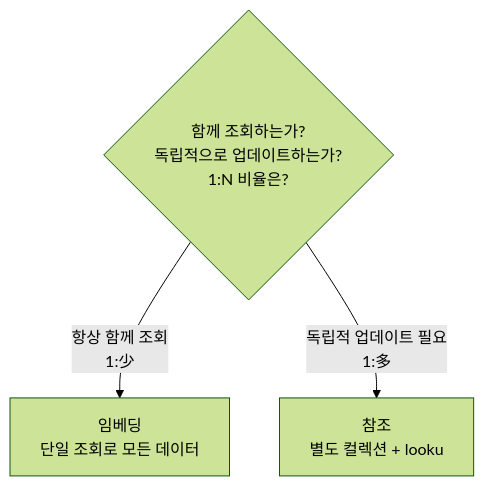
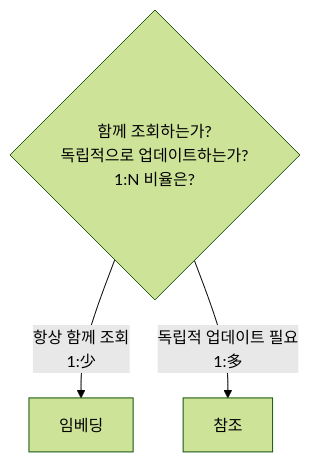
The second of 7 diagrams in _posts/nosql/2026-05-02-mongodb-deep.md (yjkim2015/yjkim2015.github.io), drawn with Mermaid (forest theme) before and after one commit. The commit also changed other lines of this file and 217 other files, not shown here.

First line of the commit message:
Mermaid 크기 수정: useMaxWidth:true + SVG max-width:100% + 라벨 축소

````diff
--- a/_posts/nosql/2026-05-02-mongodb-deep.md
+++ b/_posts/nosql/2026-05-02-mongodb-deep.md
@@ -136,6 +136,6 @@
 ```mermaid
 graph TD
     Q{"함께 조회하는가?<br>독립적으로 업데이트하는가?<br>1:N 비율은?"}
-    Q -->|"항상 함께 조회\n1:少"| Embed["임베딩\n단일 조회로 모든 데이터"]
-    Q -->|"독립적 업데이트 필요\n1:多"| Ref["참조\n별도 컬렉션 + looku"]
+    Q -->|"항상 함께 조회\n1:少"| Embed["임베딩"]
+    Q -->|"독립적 업데이트 필요\n1:多"| Ref["참조"]
 ```
````
